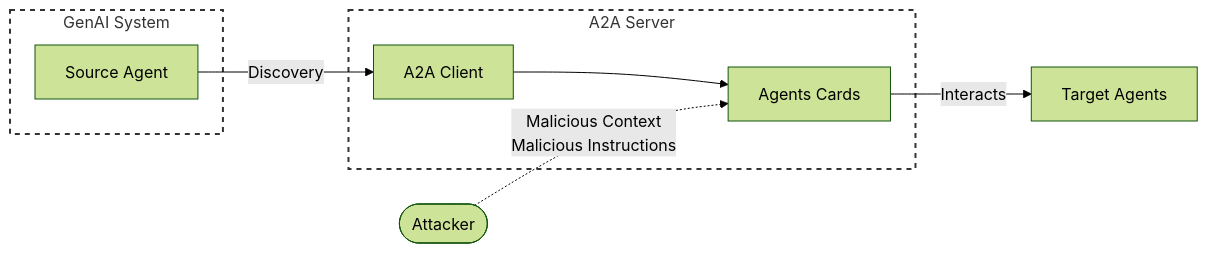
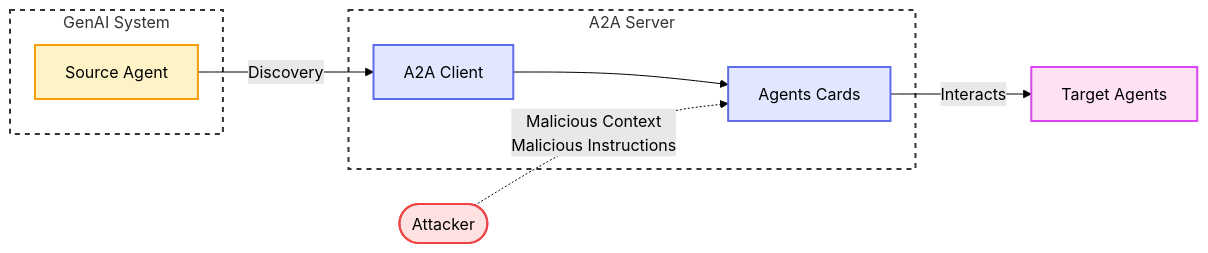
The tenth of 12 diagrams in docs/attack_entry_points/index.md (felipepenha/gurple), drawn with Mermaid (forest theme) before and after one commit. The commit also changed other lines of this file and 1 other file, not shown here.

Commit message:
style(entry-points): standardize mermaid diagrams and font styling

````diff
--- a/docs/attack_entry_points/index.md
+++ b/docs/attack_entry_points/index.md
@@ -194,24 +269,32 @@
     ```mermaid
     graph LR
 
-        subgraph dashed_box_genai [GenAI System]
-            SourceAgent[Source Agent]
+        subgraph dashed_box_genai ["GenAI System"]
+            SourceAgent["Source Agent"]
         end
 
-        subgraph dashed_box_a2a [A2A Server]
-            Client[A2A Client]
-            Card[Agents Cards]
+        subgraph dashed_box_a2a ["A2A Server"]
+            Client["A2A Client"]
+            Card["Agents Cards"]
         end
 
-        SourceAgent --> |Discovery| Client
+        SourceAgent -->|"Discovery"| Client
         Client --> Card
 
-        Attacker([Attacker]) -.-> |Malicious Context<br /> Malicious Instructions| Card
+        Attacker(["Attacker"]) -.->|"Malicious Context<br />Malicious Instructions"| Card
 
+        Card -->|"Interacts"| TargetAgents["Target Agents"]
 
-        Card -->|Interacts| TargetAgents[Target Agents]
+        classDef red fill:#fee2e2,stroke:#ef4444,stroke-width:2px,color:#000;
+        classDef yellow fill:#fef3c7,stroke:#f59e0b,stroke-width:2px,color:#000;
+        classDef blue fill:#e0e7ff,stroke:#5f6de9,stroke-width:2px,color:#000;
+        classDef purple fill:#ffe1f5,stroke:#d946ef,stroke-width:2px,color:#000;
+
+        class Attacker red;
+        class SourceAgent yellow;
+        class Client,Card blue;
+        class TargetAgents purple;
 
         style dashed_box_genai stroke-dasharray: 5 5, fill:none,stroke:#333,stroke-width:2px;
-
         style dashed_box_a2a stroke-dasharray: 5 5, fill:none,stroke:#333,stroke-width:2px;
     ```
````
